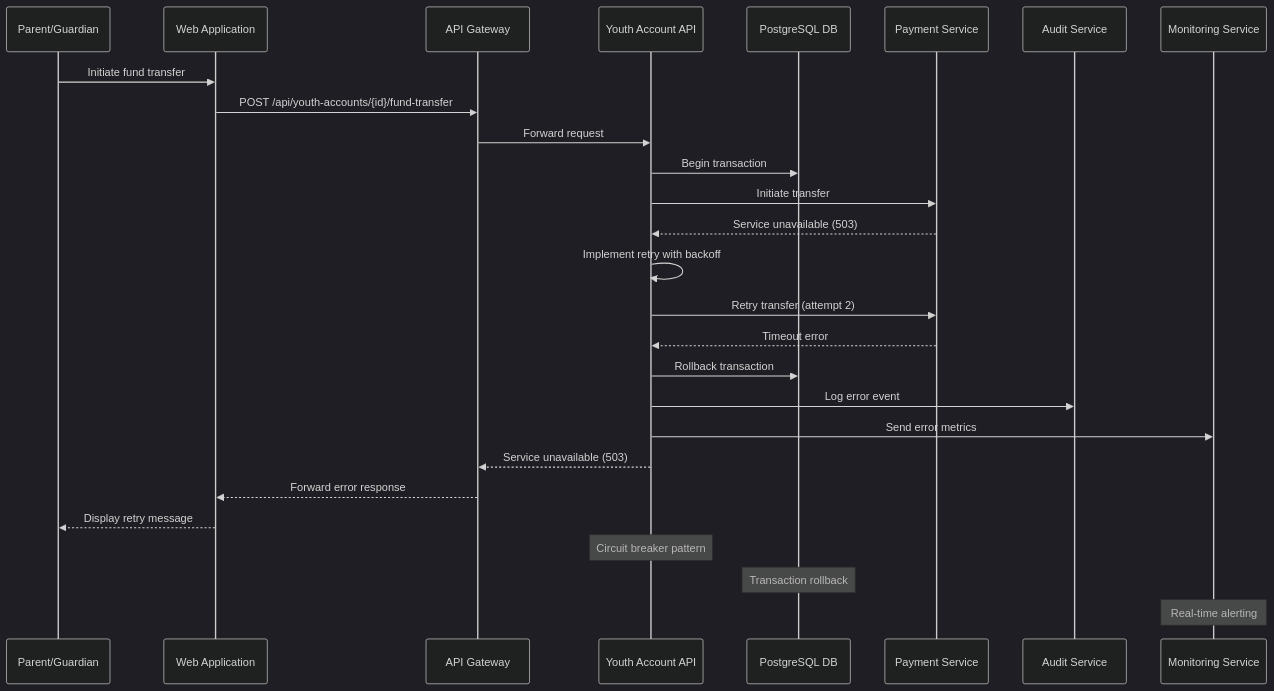
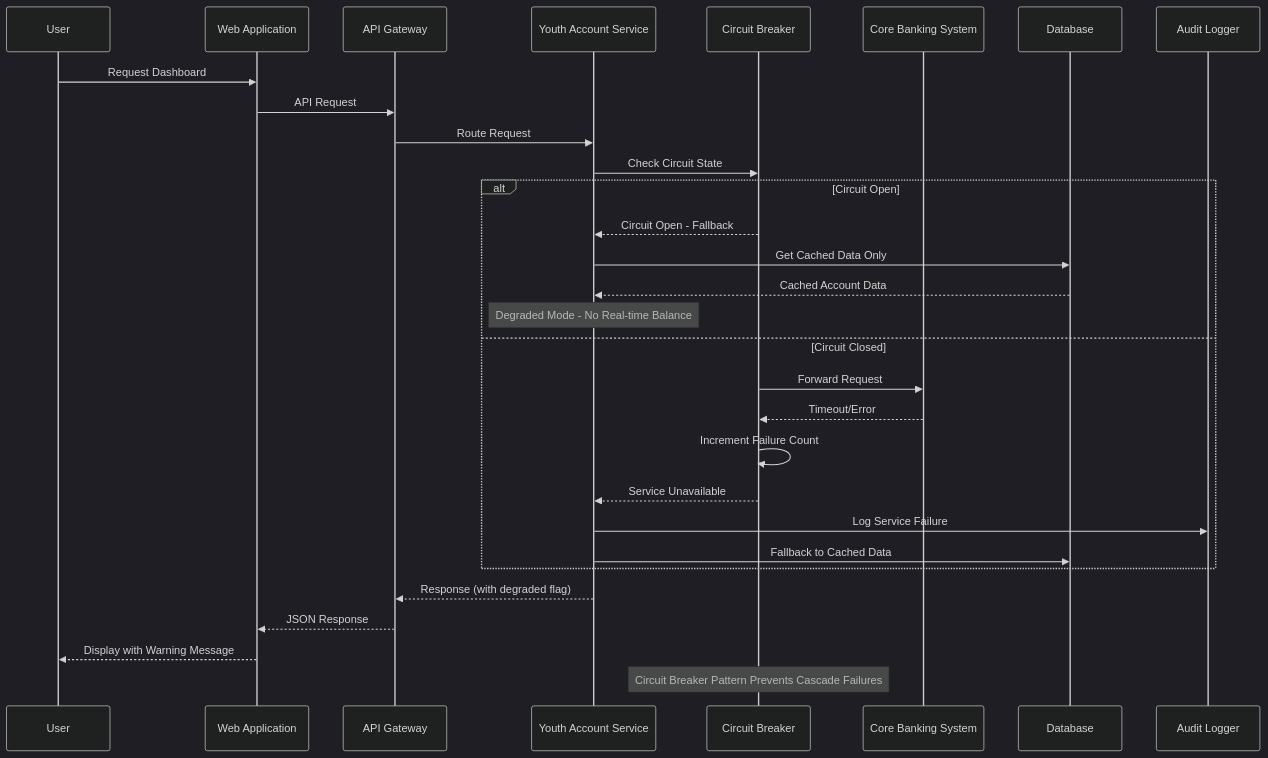
The seventh of 8 diagrams in API Development/Components and Sequence Diagrams/sequence_diagram.md (ThapaswiASC/SCIB-INCEPTION-PHASE-DEMO), drawn with Mermaid (dark theme) before and after one commit. The commit also changed other lines of this file and 1 other file, not shown here.

````diff
--- a/API Development/Components and Sequence Diagrams/sequence_diagram.md
+++ b/API Development/Components and Sequence Diagrams/sequence_diagram.md
@@ -196,35 +282,36 @@
 ```mermaid
 sequenceDiagram
-    participant Parent as Parent/Guardian
-    participant WebApp as Web Application
-    participant Gateway as API Gateway
-    participant YouthAPI as Youth Account API
-    participant DB as PostgreSQL DB
-    participant PaymentSvc as Payment Service
-    participant AuditSvc as Audit Service
-    participant MonitorSvc as Monitoring Service
+    participant U as User
+    participant WA as Web Application
+    participant AG as API Gateway
+    participant YS as Youth Account Service
+    participant CB as Circuit Breaker
+    participant CBS as Core Banking System
+    participant DB as Database
+    participant AL as Audit Logger
+
+    U->>WA: Request Dashboard
+    WA->>AG: API Request
+    AG->>YS: Route Request
     
-    Parent->>WebApp: Initiate fund transfer
-    WebApp->>Gateway: POST /api/youth-accounts/{id}/fund-transfer
-    Gateway->>YouthAPI: Forward request
+    YS->>CB: Check Circuit State
+    alt Circuit Open
+        CB-->>YS: Circuit Open - Fallback
+        YS->>DB: Get Cached Data Only
+        DB-->>YS: Cached Account Data
+        Note over YS: Degraded Mode - No Real-time Balance
+    else Circuit Closed
+        CB->>CBS: Forward Request
+        CBS-->>CB: Timeout/Error
+        CB->>CB: Increment Failure Count
+        CB-->>YS: Service Unavailable
+        YS->>AL: Log Service Failure
+        YS->>DB: Fallback to Cached Data
+    end
     
-    YouthAPI->>DB: Begin transaction
-    YouthAPI->>PaymentSvc: Initiate transfer
-    PaymentSvc-->>YouthAPI: Service unavailable (503)
+    YS-->>AG: Response (with degraded flag)
+    AG-->>WA: JSON Response
+    WA-->>U: Display with Warning Message
     
-    YouthAPI->>YouthAPI: Implement retry with backoff
-    YouthAPI->>PaymentSvc: Retry transfer (attempt 2)
-    PaymentSvc-->>YouthAPI: Timeout error
-    
-    YouthAPI->>DB: Rollback transaction
-    YouthAPI->>AuditSvc: Log error event
-    YouthAPI->>MonitorSvc: Send error metrics
-    
-    YouthAPI-->>Gateway: Service unavailable (503)
-    Gateway-->>WebApp: Forward error response
-    WebApp-->>Parent: Display retry message
-    
-    Note over YouthAPI: Circuit breaker pattern
-    Note over DB: Transaction rollback
-    Note over MonitorSvc: Real-time alerting
+    Note over CB: Circuit Breaker Pattern Prevents Cascade Failures
 ```
````
